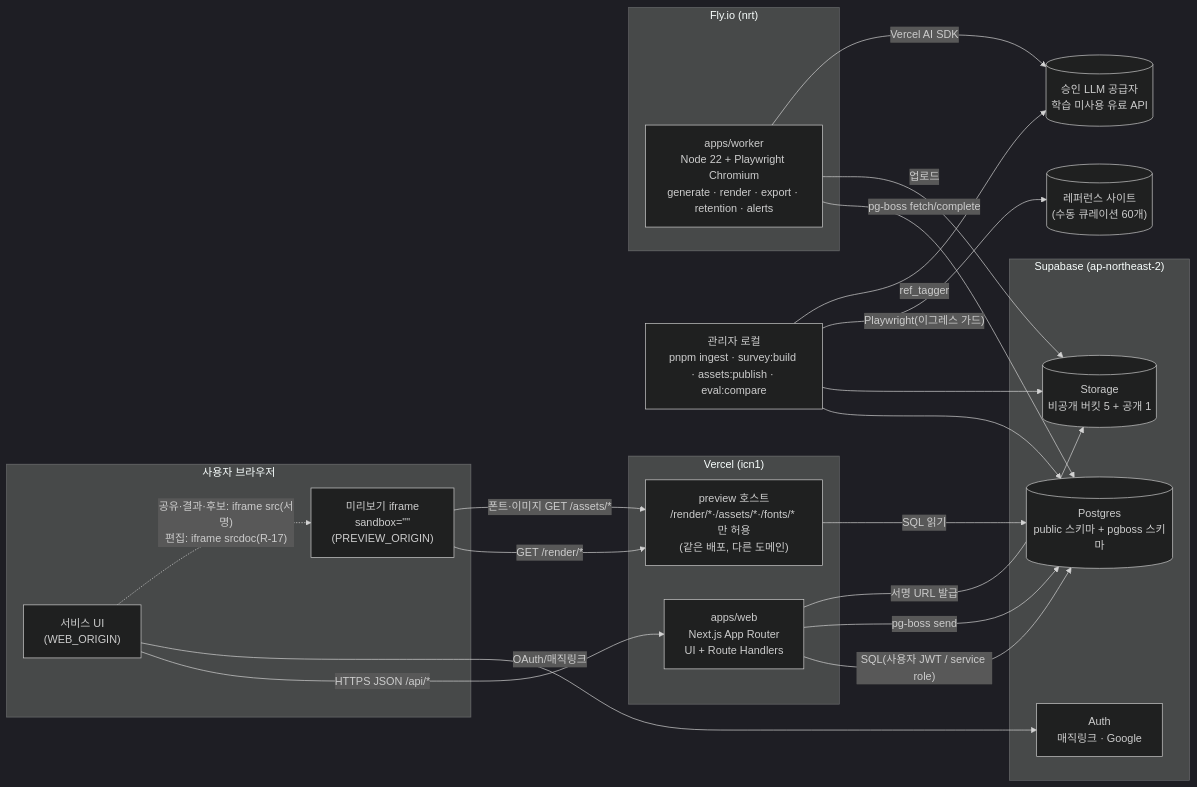
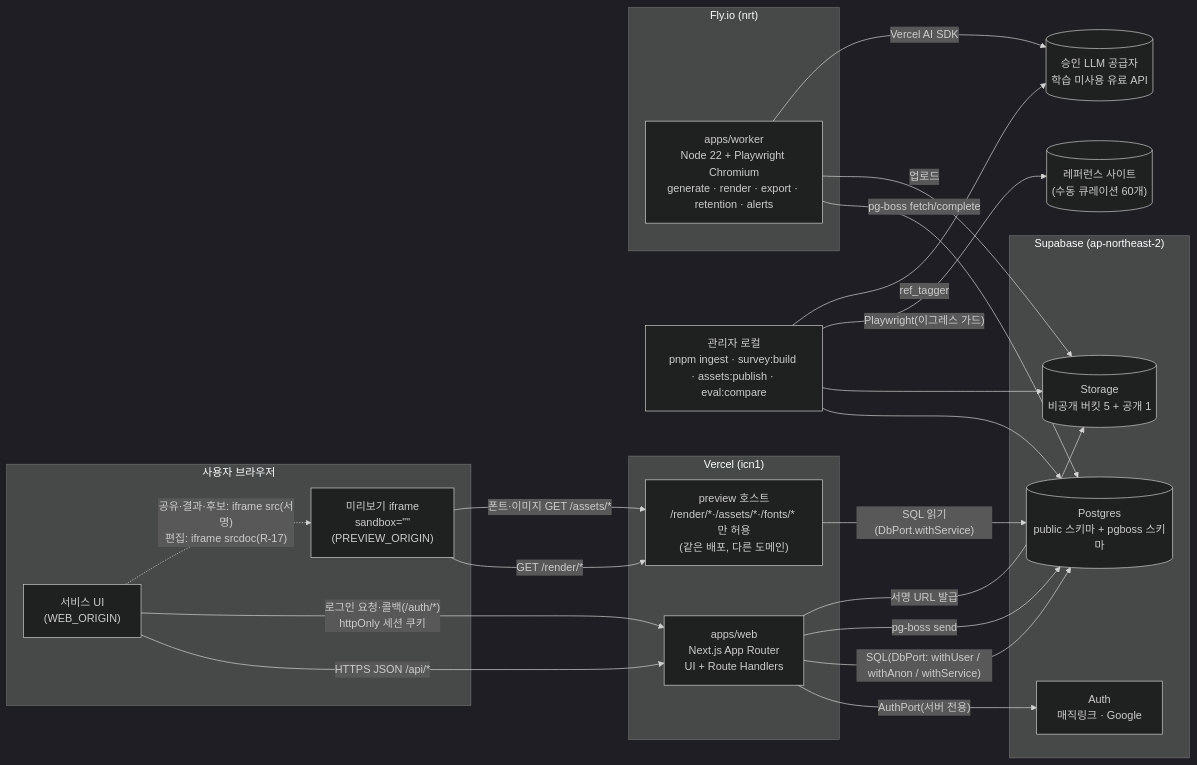
The first of 4 diagrams in docs/spec/v2/06_architecture.md (sung1842/AutoDesignWeb), drawn with Mermaid (dark theme) before and after one commit. The commit also changed other lines of this file, not shown here.

First line of the commit message:
spec(06): DbPort·RLS 쓰기 화이트리스트·관리자 권한(T-11·T-12)

````diff
--- a/docs/spec/v2/06_architecture.md
+++ b/docs/spec/v2/06_architecture.md
@@ -23,39 +23,40 @@
 ```mermaid
 flowchart LR
   subgraph B[사용자 브라우저]
     UI["서비스 UI<br/>(WEB_ORIGIN)"]
     IF["미리보기 iframe<br/>sandbox=&quot;&quot;<br/>(PREVIEW_ORIGIN)"]
   end
   subgraph V["Vercel (icn1)"]
     WEB["apps/web<br/>Next.js App Router<br/>UI + Route Handlers"]
     PRV["preview 호스트<br/>/render/*·/assets/*·/fonts/* 만 허용<br/>(같은 배포, 다른 도메인)"]
   end
   subgraph S["Supabase (ap-northeast-2)"]
     DB[("Postgres<br/>public 스키마 + pgboss 스키마")]
     AU["Auth<br/>매직링크 · Google"]
     ST[("Storage<br/>비공개 버킷 5 + 공개 1")]
   end
   subgraph F["Fly.io (nrt)"]
     WK["apps/worker<br/>Node 22 + Playwright Chromium<br/>generate · render · export · retention · alerts"]
   end
   LLM[("승인 LLM 공급자<br/>학습 미사용 유료 API")]
   ADM["관리자 로컬<br/>pnpm ingest · survey:build · assets:publish · eval:compare"]
   EXT[("레퍼런스 사이트<br/>(수동 큐레이션 60개)")]
 
   UI -- "HTTPS JSON /api/*" --> WEB
-  UI -- "OAuth/매직링크" --> AU
+  UI -- "로그인 요청·콜백(/auth/*)<br/>httpOnly 세션 쿠키" --> WEB
+  WEB -- "AuthPort(서버 전용)" --> AU
   UI -. "공유·결과·후보: iframe src(서명)<br/>편집: iframe srcdoc(R-17)" .-> IF
   IF -- "GET /render/*" --> PRV
   IF -- "폰트·이미지 GET /assets/*" --> PRV
-  WEB -- "SQL(사용자 JWT / service role)" --> DB
+  WEB -- "SQL(DbPort: withUser / withAnon / withService)" --> DB
   WEB -- "pg-boss send" --> DB
   WEB -- "서명 URL 발급" --> ST
-  PRV -- "SQL 읽기" --> DB
+  PRV -- "SQL 읽기(DbPort.withService)" --> DB
   WK -- "pg-boss fetch/complete" --> DB
   WK -- "업로드" --> ST
   WK -- "Vercel AI SDK" --> LLM
   ADM --> DB
   ADM --> ST
   ADM -- "Playwright(이그레스 가드)" --> EXT
   ADM -- "ref_tagger" --> LLM
 ```
````
